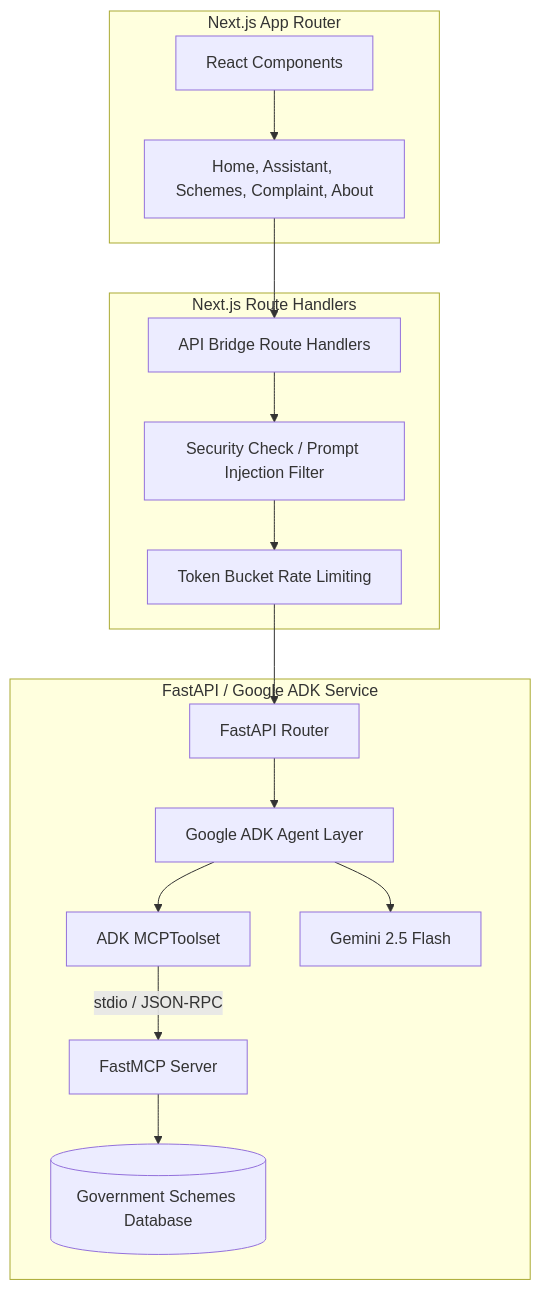
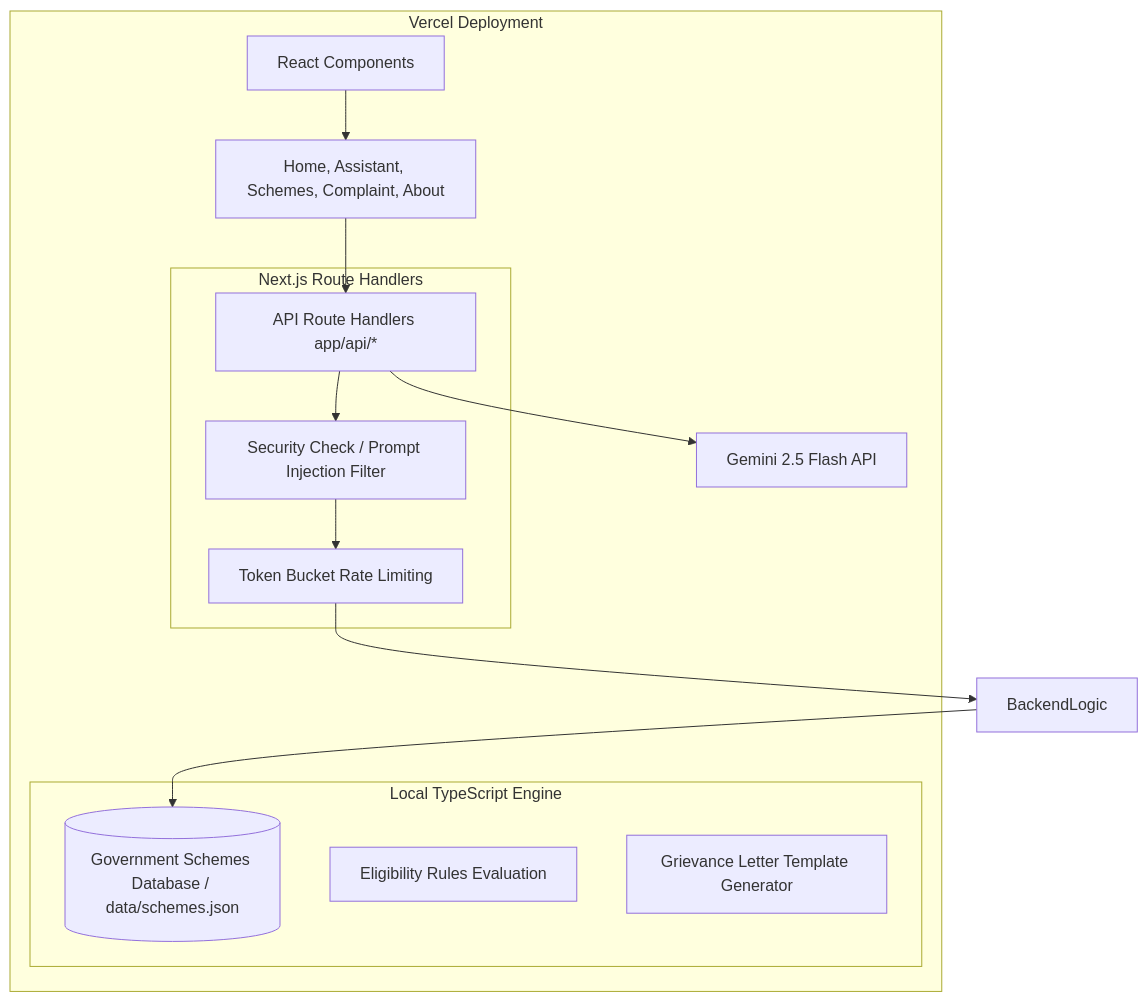
The diagram in README.md (anushka-0960/civic-ai), drawn with Mermaid before and after one commit. The commit also changed other lines of this file and 9 other files, not shown here.

Commit message:
Fix API routes and deployment

````diff
--- a/README.md
+++ b/README.md
@@ -9,33 +9,29 @@
 ```mermaid
 graph TD
-    subgraph Frontend [Next.js App Router]
+    subgraph Standalone Next.js Application [Vercel Deployment]
         UI[React Components]
         Pages[Home, Assistant, Schemes, Complaint, About]
-    end
-
-    subgraph Middleware [Next.js Route Handlers]
-        Sec[Security Check / Prompt Injection Filter]
-        Rate[Token Bucket Rate Limiting]
-        API[API Bridge Route Handlers]
-    end
-
-    subgraph Python Backend [FastAPI / Google ADK Service]
-        FastAPI[FastAPI Router]
-        ADK[Google ADK Agent Layer]
-        MCP_Client[ADK MCPToolset]
-        MCP_Server[FastMCP Server]
-        DB[(Government Schemes Database)]
-        Gemini[Gemini 2.5 Flash]
+        
+        subgraph Middleware [Next.js Route Handlers]
+            Sec[Security Check / Prompt Injection Filter]
+            Rate[Token Bucket Rate Limiting]
+            API[API Route Handlers app/api/*]
+        end
+        
+        subgraph Backend Logic [Local TypeScript Engine]
+            DB[(Government Schemes Database / data/schemes.json)]
+            RulesEngine[Eligibility Rules Evaluation]
+            LetterGen[Grievance Letter Template Generator]
+        end
+        
+        Gemini[Gemini 2.5 Flash API]
     end
 
     UI --> Pages
     Pages --> API
     API --> Sec
     Sec --> Rate
-    Rate --> FastAPI
-    FastAPI --> ADK
-    ADK --> MCP_Client
-    MCP_Client -- stdio / JSON-RPC --> MCP_Server
-    MCP_Server --> DB
-    ADK --> Gemini
+    Rate --> BackendLogic
+    BackendLogic --> DB
+    API --> Gemini
 ```
````
